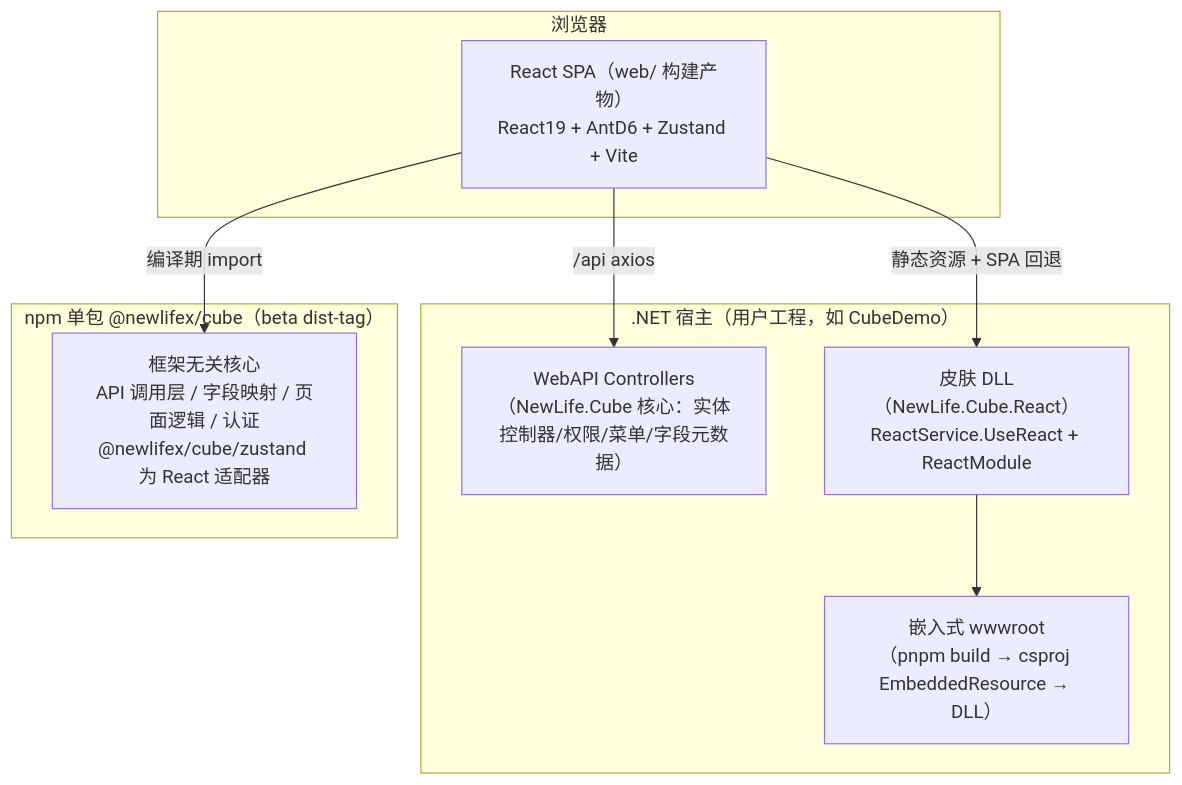
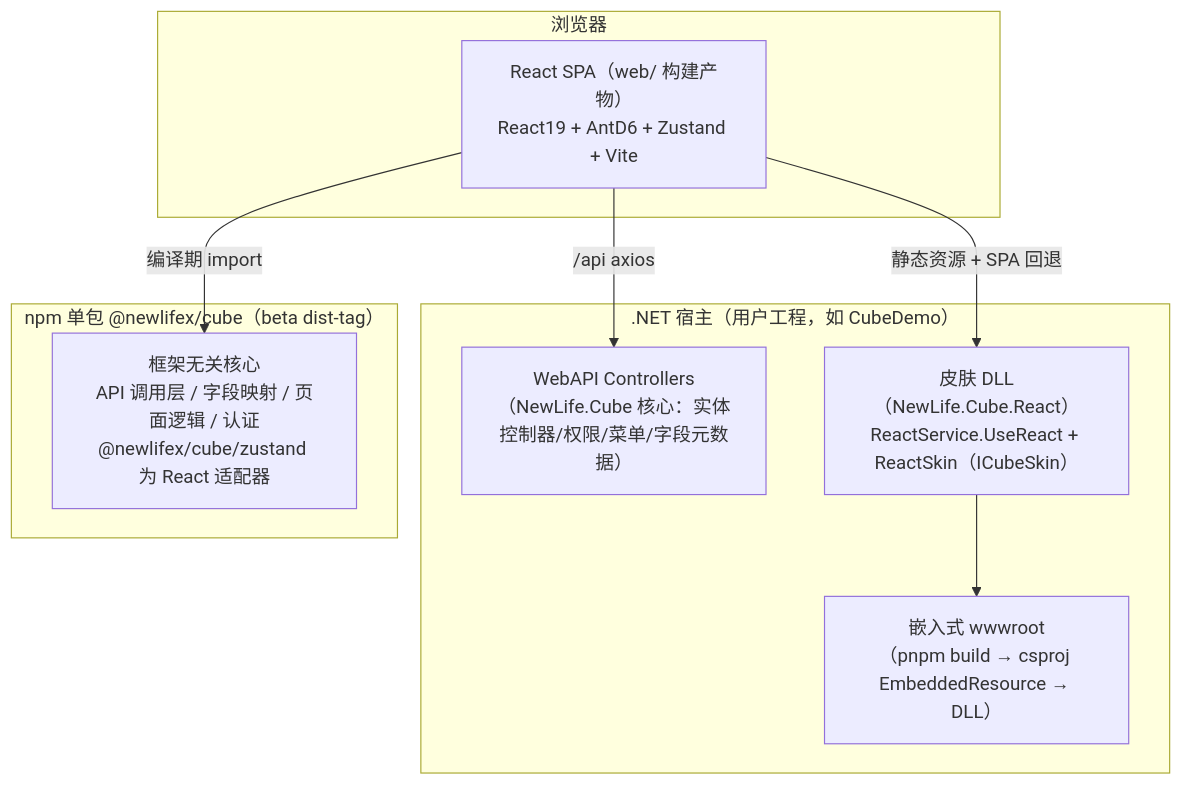
One commit to NewLifeX/NewLife.Cube.React changed the first of 2 diagrams in Doc/架构设计.md. Above: the diagram before and after it, drawn with Mermaid. The commit also changed other lines of this file and 4 other files, not shown here.

````diff
--- a/Doc/架构设计.md
+++ b/Doc/架构设计.md
@@ -16,21 +16,21 @@
 ```mermaid
 flowchart TB
     subgraph 浏览器
         SPA["React SPA（web/ 构建产物）<br/>React19 + AntD6 + Zustand + Vite"]
     end
 
     subgraph ".NET 宿主（用户工程，如 CubeDemo）"
         API["WebAPI Controllers<br/>（NewLife.Cube 核心：实体控制器/权限/菜单/字段元数据）"]
-        SKIN["皮肤 DLL（NewLife.Cube.React）<br/>ReactService.UseReact + ReactModule"]
+        SKIN["皮肤 DLL（NewLife.Cube.React）<br/>ReactService.UseReact + ReactSkin（ICubeSkin）"]
         EMBED["嵌入式 wwwroot<br/>（pnpm build → csproj EmbeddedResource → DLL）"]
     end
 
     subgraph "npm 单包 @newlifex/cube（beta dist-tag）"
         P1["框架无关核心<br/>API 调用层 / 字段映射 / 页面逻辑 / 认证<br/>@newlifex/cube/zustand 为 React 适配器"]
     end
 
     SPA -->|"/api  axios"| API
     SPA -->|"静态资源 + SPA 回退"| SKIN
     SKIN --> EMBED
     SPA -->|"编译期 import"| P1
 ```
````
